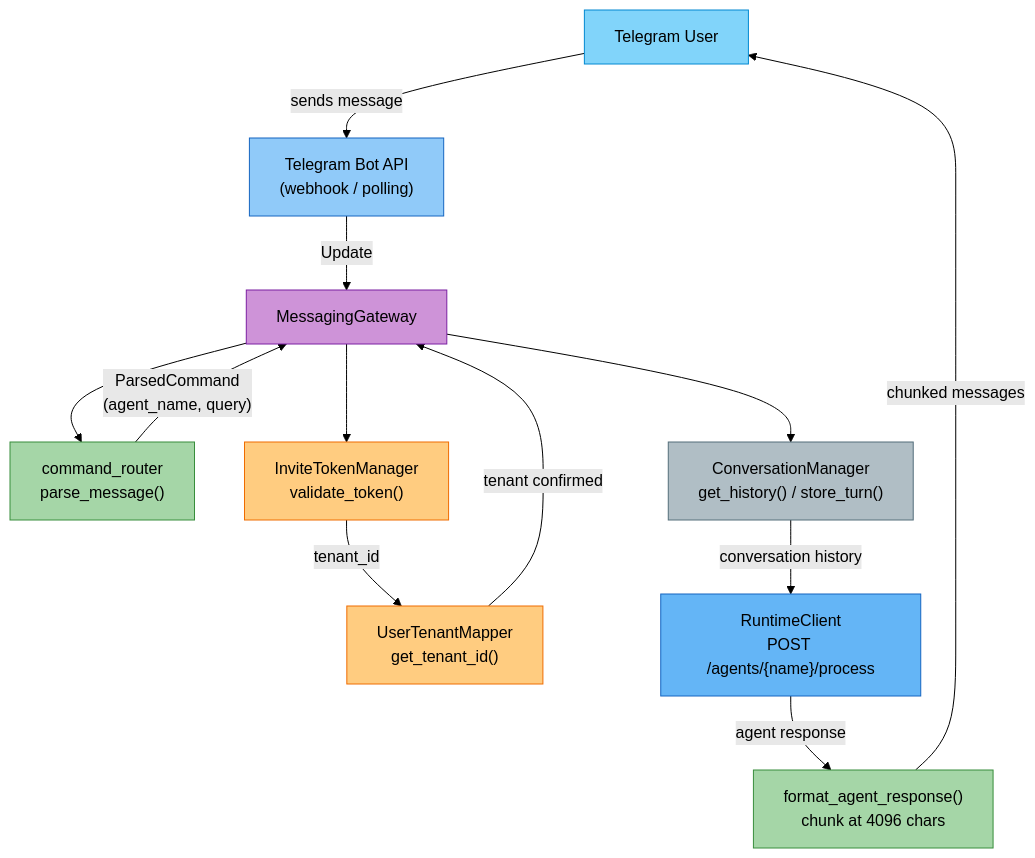
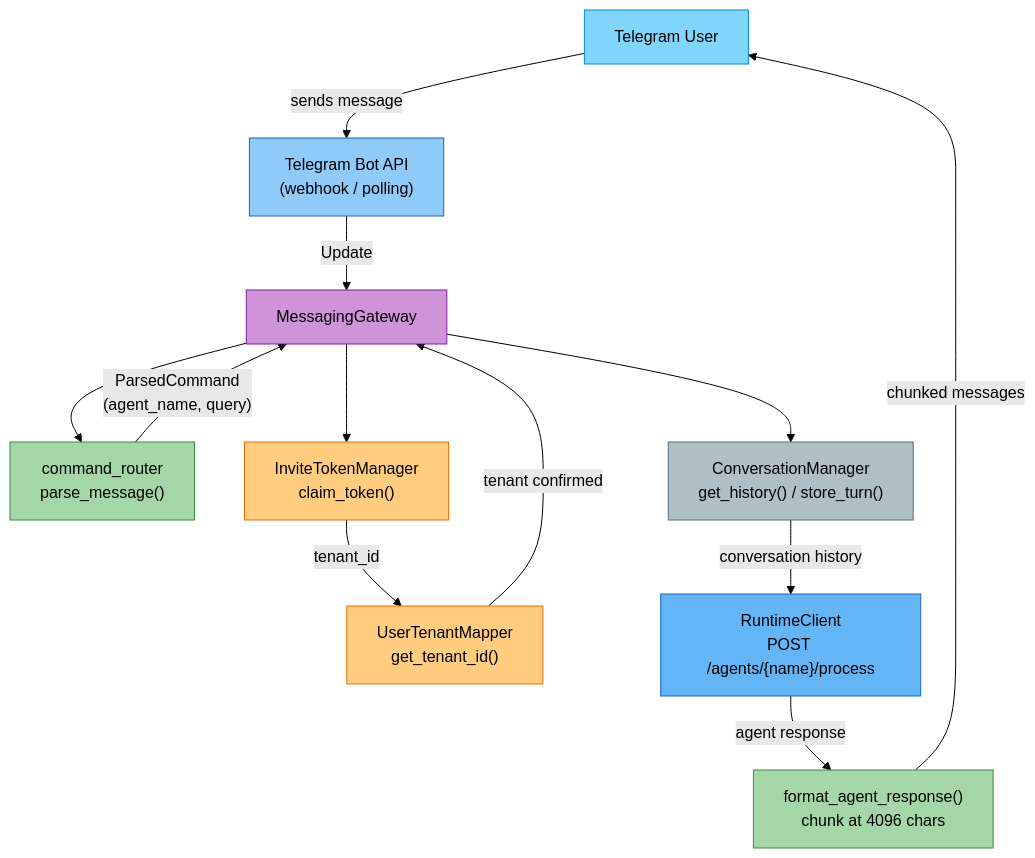
One commit to amit-jain/cogniverse changed the first of 3 diagrams in docs/USER_GUIDE.md. Above: the diagram before and after it, drawn with Mermaid (forest theme). The commit also changed other lines of this file and 7 other files, not shown here.

````diff
--- a/docs/USER_GUIDE.md
+++ b/docs/USER_GUIDE.md
@@ -830,34 +830,34 @@
 ```mermaid
 flowchart TD
     TG["<span style='color:#000'>Telegram User</span>"]
     BOT["<span style='color:#000'>Telegram Bot API<br/>(webhook / polling)</span>"]
     GW["<span style='color:#000'>MessagingGateway</span>"]
     CR["<span style='color:#000'>command_router<br/>parse_message()</span>"]
-    AUTH["<span style='color:#000'>InviteTokenManager<br/>validate_token()</span>"]
+    AUTH["<span style='color:#000'>InviteTokenManager<br/>claim_token()</span>"]
     UM["<span style='color:#000'>UserTenantMapper<br/>get_tenant_id()</span>"]
     CM["<span style='color:#000'>ConversationManager<br/>get_history() / store_turn()</span>"]
     RC["<span style='color:#000'>RuntimeClient<br/>POST /agents/{name}/process</span>"]
     FMT["<span style='color:#000'>format_agent_response()<br/>chunk at 4096 chars</span>"]
 
     TG -->|"sends message"| BOT
     BOT -->|"Update"| GW
     GW --> CR
     CR -->|"ParsedCommand<br/>(agent_name, query)"| GW
     GW --> AUTH
     AUTH -->|"tenant_id"| UM
     UM -->|"tenant confirmed"| GW
     GW --> CM
     CM -->|"conversation history"| RC
     RC -->|"agent response"| FMT
     FMT -->|"chunked messages"| TG
 
     style TG fill:#81d4fa,stroke:#0288d1,color:#000
     style BOT fill:#90caf9,stroke:#1565c0,color:#000
     style GW fill:#ce93d8,stroke:#7b1fa2,color:#000
     style CR fill:#a5d6a7,stroke:#388e3c,color:#000
     style AUTH fill:#ffcc80,stroke:#ef6c00,color:#000
     style UM fill:#ffcc80,stroke:#ef6c00,color:#000
     style CM fill:#b0bec5,stroke:#546e7a,color:#000
     style RC fill:#64b5f6,stroke:#1565c0,color:#000
     style FMT fill:#a5d6a7,stroke:#388e3c,color:#000
 ```
````
